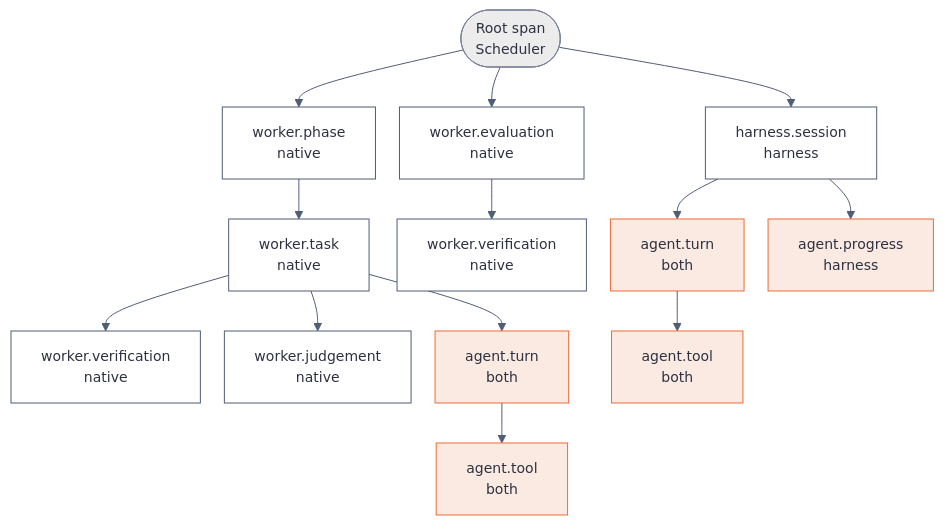
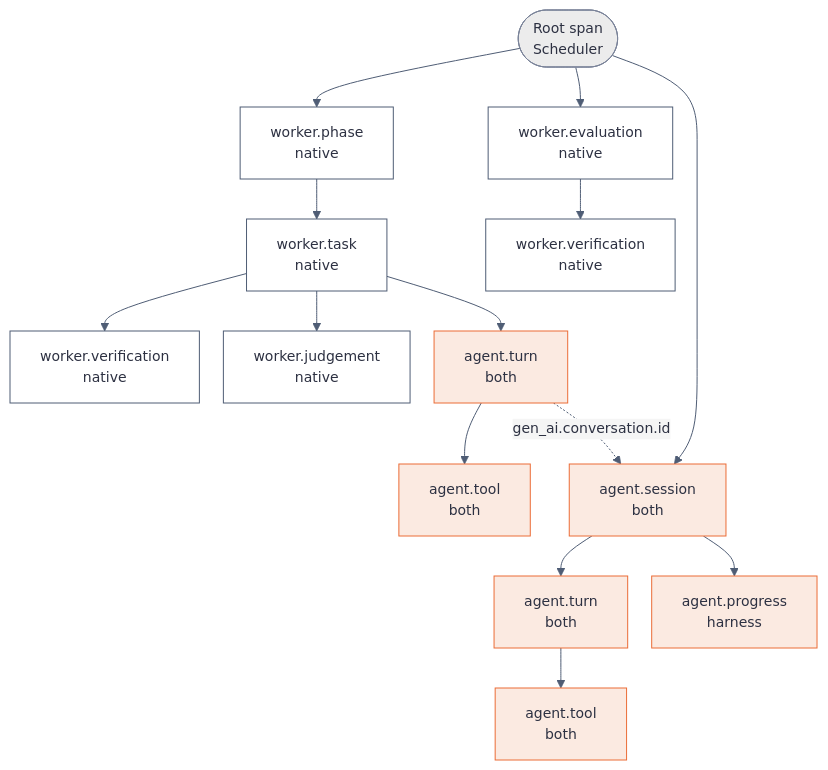
The diagram in docs/explanation/worker-contract.md (kanthorlabs/kanthord), drawn with Mermaid before and after one commit. The commit also changed other lines of this file and 3 other files, not shown here.

````diff
--- a/docs/explanation/worker-contract.md
+++ b/docs/explanation/worker-contract.md
@@ -52,23 +52,24 @@
 ```mermaid
 %%{init: {"theme": "base", "themeVariables": {"background": "#f5f5f5", "primaryColor": "#ffffff", "primaryTextColor": "#2d3142", "primaryBorderColor": "#4f5d75", "secondaryColor": "#ececec", "tertiaryColor": "#f5f5f5", "lineColor": "#4f5d75", "edgeLabelBackground": "#f5f5f5", "fontFamily": "system-ui, sans-serif", "fontSize": "14px"}, "flowchart": {"htmlLabels": true, "useMaxWidth": false, "nodeSpacing": 24, "rankSpacing": 40}}}%%
 flowchart TB
     accTitle: The span tree of one execution
-    accDescr: The Scheduler opens the root span. coder@1 adds phase, task, verification and judgement spans. reviewer@1 adds evaluation and verification spans. Both a native worker and an external harness add turn and tool spans. An external harness adds progress spans.
+    accDescr: The Scheduler opens the root span. coder@1 adds phase, task, verification and judgement spans. reviewer@1 adds evaluation and verification spans. Both a native worker and an external harness add session, turn and tool spans. An external harness adds progress spans.
     root(["Root span<br/>Scheduler"])
     root --> phase["worker.phase<br/>native"]
     phase --> task["worker.task<br/>native"]
     task --> verify["worker.verification<br/>native"]
     task --> judge["worker.judgement<br/>native"]
     root --> evaluation["worker.evaluation<br/>native"]
     evaluation --> verify2["worker.verification<br/>native"]
     task --> turn["agent.turn<br/>both"]
-    root --> session["harness.session<br/>harness"]
+    root --> session["agent.session<br/>both"]
     session --> turn2["agent.turn<br/>both"]
     turn --> tool["agent.tool<br/>both"]
     turn2 --> tool2["agent.tool<br/>both"]
     session --> progress["agent.progress<br/>harness"]
+    turn -. "gen_ai.conversation.id" .-> session
     classDef shared fill:#fbeae1,stroke:#eb6c36,color:#2d3142;
     classDef outcome fill:#ececec,stroke:#7a8399,color:#2d3142;
-    class turn,turn2,tool,tool2,progress shared;
+    class session,turn,turn2,tool,tool2,progress shared;
     class root outcome;
 ```
````
